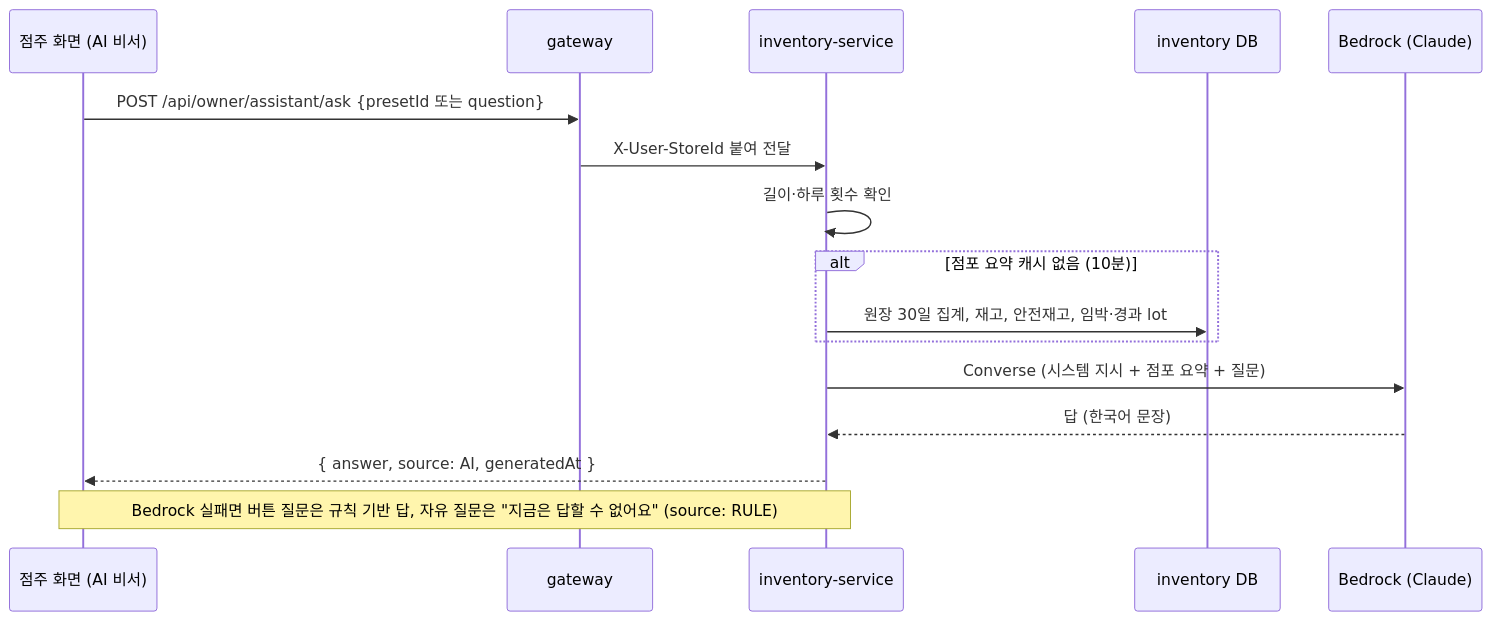
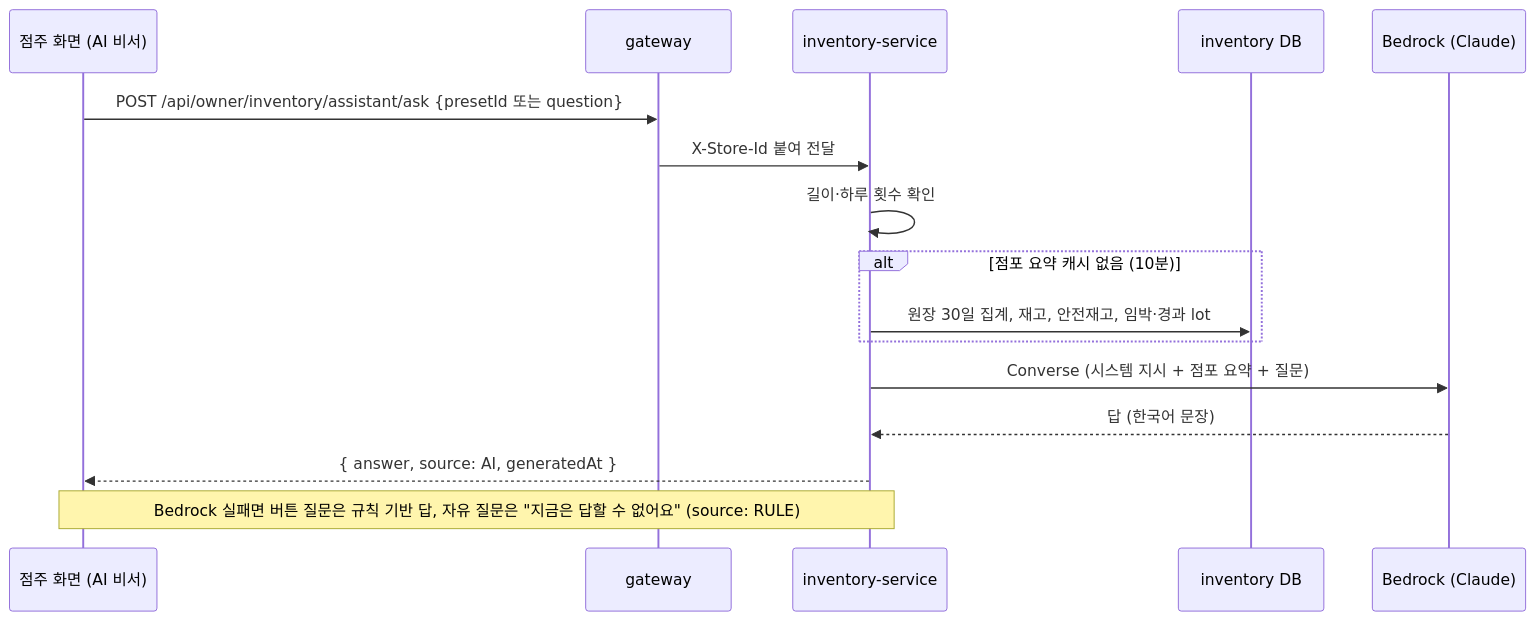
One commit to sesac-freshlink/.github changed the diagram in docs/기능이해/AI-점주-비서.md. Above: the diagram before and after it, drawn with Mermaid. The commit also changed other lines of this file, not shown here.

````diff
--- a/docs/기능이해/AI-점주-비서.md
+++ b/docs/기능이해/AI-점주-비서.md
@@ -124,19 +124,19 @@
 ```mermaid
 sequenceDiagram
     participant W as 점주 화면 (AI 비서)
     participant G as gateway
     participant I as inventory-service
     participant DB as inventory DB
     participant B as Bedrock (Claude)
 
-    W->>G: POST /api/owner/assistant/ask {presetId 또는 question}
-    G->>I: X-User-StoreId 붙여 전달
+    W->>G: POST /api/owner/inventory/assistant/ask {presetId 또는 question}
+    G->>I: X-Store-Id 붙여 전달
     I->>I: 길이·하루 횟수 확인
     alt 점포 요약 캐시 없음 (10분)
         I->>DB: 원장 30일 집계, 재고, 안전재고, 임박·경과 lot
     end
     I->>B: Converse (시스템 지시 + 점포 요약 + 질문)
     B-->>I: 답 (한국어 문장)
     I-->>W: { answer, source: AI, generatedAt }
     Note over I,W: Bedrock 실패면 버튼 질문은 규칙 기반 답, 자유 질문은 "지금은 답할 수 없어요" (source: RULE)
 ```
````
